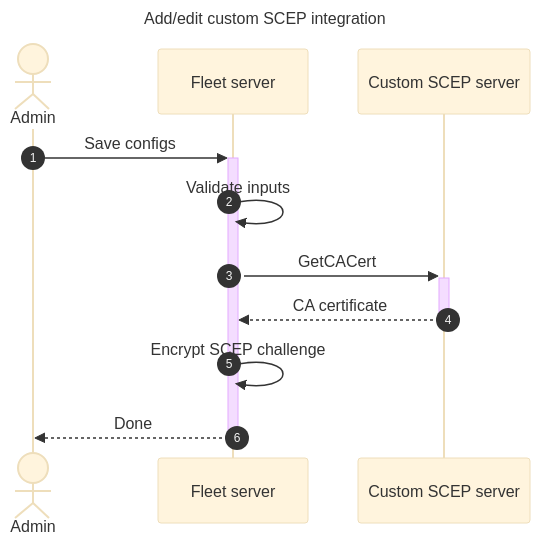
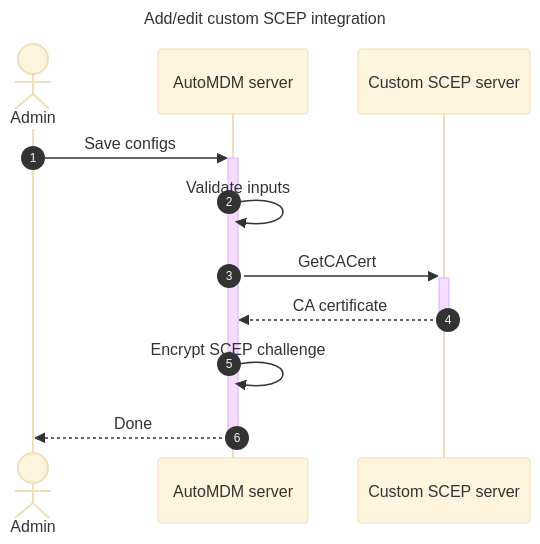
Before and after one commit to anilyagiz/AutoMDM: the first of 2 diagrams in docs/Contributing/authentication/custom-scep-integration.md, drawn with Mermaid (base theme). The commit also changed other lines of this file and 7979 other files, not shown here.

First line of the commit message:
Rebrand Fleet as AutoMDM (mechanical pass)

````diff
--- a/docs/Contributing/authentication/custom-scep-integration.md
+++ b/docs/Contributing/authentication/custom-scep-integration.md
@@ -45,16 +45,16 @@
 ```mermaid
 ---
 title: Add/edit custom SCEP integration
 ---
 sequenceDiagram
     autonumber
     actor admin as Admin
-    participant fleet as Fleet server
+    participant automdm as AutoMDM server
     participant scep as Custom SCEP server
-    admin->>+fleet: Save configs
-    fleet->>fleet: Validate inputs
-    fleet->>+scep: GetCACert
-    scep-->>-fleet: CA certificate
-    fleet->>fleet: Encrypt SCEP challenge
-    fleet-->>-admin: Done
+    admin->>+automdm: Save configs
+    automdm->>automdm: Validate inputs
+    automdm->>+scep: GetCACert
+    scep-->>-automdm: CA certificate
+    automdm->>automdm: Encrypt SCEP challenge
+    automdm-->>-admin: Done
 ```
````
